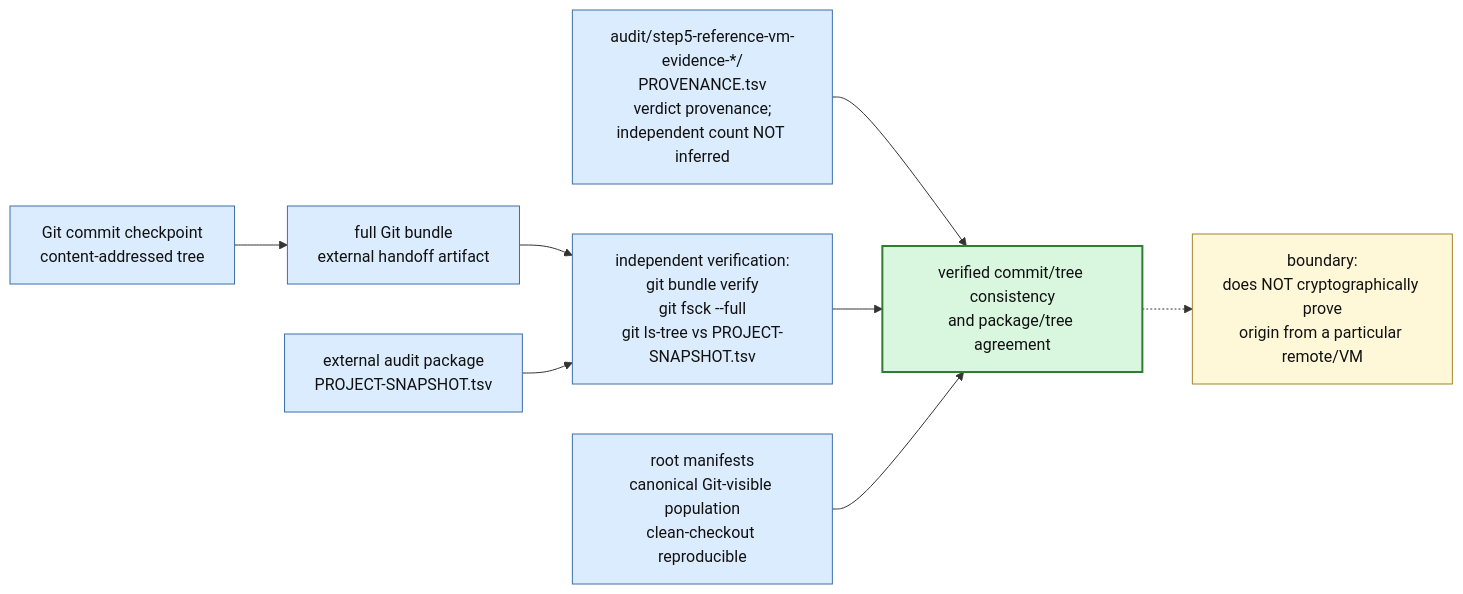
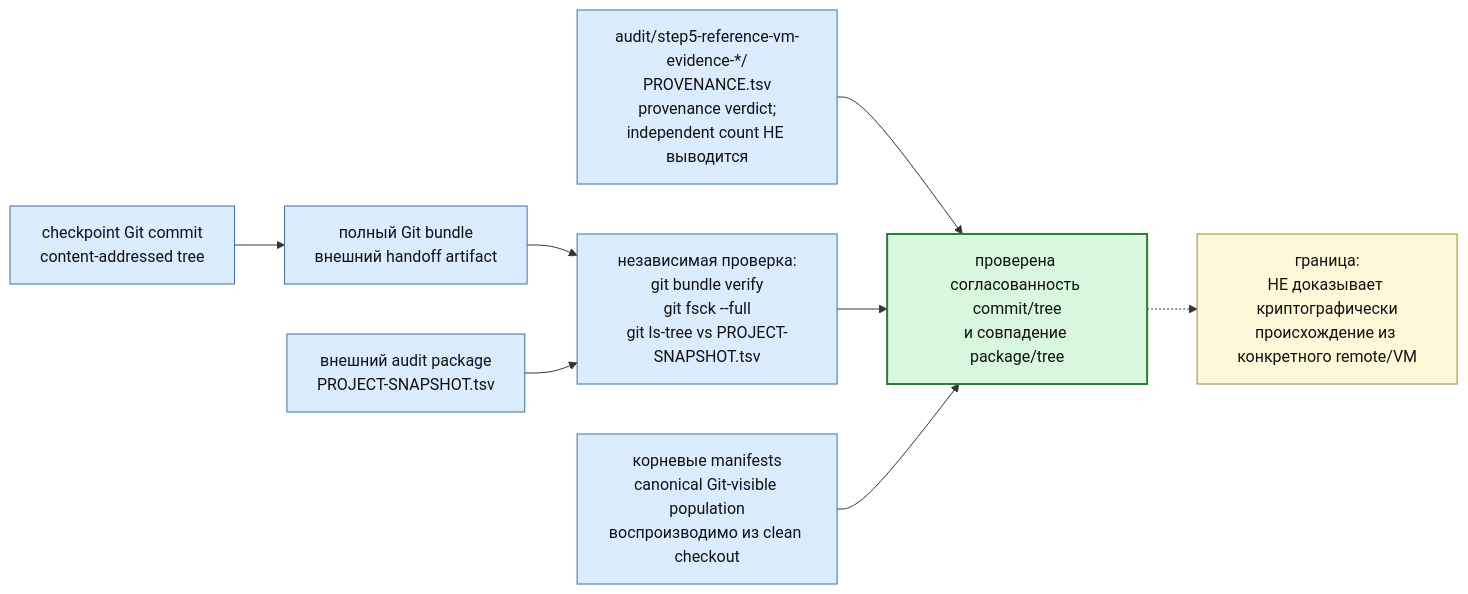
One commit to rasav65/SecureLinux-Policy changed the fifth of 6 diagrams in docs/PROJECT-MAP-v3.md. Above: the diagram before and after it, drawn with Mermaid. The commit also changed other lines of this file and 114 other files, not shown here.

````diff
--- a/docs/PROJECT-MAP-v3.md
+++ b/docs/PROJECT-MAP-v3.md
@@ -268,23 +269,23 @@
 ```mermaid
 flowchart LR
-    REVIEW["audit/step5-reference-vm-evidence-*/<br/>PROVENANCE.tsv<br/>verdict provenance;<br/>independent count NOT inferred"]:::component
-    COMMIT["Git commit checkpoint<br/>content-addressed tree"]:::component
-    PKG["external audit package<br/>PROJECT-SNAPSHOT.tsv"]:::component
-    BUNDLE["full Git bundle<br/>external handoff artifact"]:::component
+    REVIEW["audit/step5-reference-vm-evidence-*/<br/>PROVENANCE.tsv<br/>provenance verdict;<br/>independent count НЕ выводится"]:::component
+    COMMIT["checkpoint Git commit<br/>content-addressed tree"]:::component
+    PKG["внешний audit package<br/>PROJECT-SNAPSHOT.tsv"]:::component
+    BUNDLE["полный Git bundle<br/>внешний handoff artifact"]:::component
 
-    VERIFY["independent verification:<br/>git bundle verify<br/>git fsck --full<br/>git ls-tree vs PROJECT-SNAPSHOT.tsv"]:::component
-    ROOTMAN["root manifests<br/>canonical Git-visible population<br/>clean-checkout reproducible"]:::component
-    TRUST["verified commit/tree consistency<br/>and package/tree agreement"]:::closed
-    LIMIT["boundary:<br/>does NOT cryptographically prove<br/>origin from a particular remote/VM"]:::note
+    VERIFY["независимая проверка:<br/>git bundle verify<br/>git fsck --full<br/>git ls-tree vs PROJECT-SNAPSHOT.tsv"]:::component
+    ROOTMAN["корневые manifests<br/>canonical Git-visible population<br/>воспроизводимо из clean checkout"]:::component
+    TRUST["проверена согласованность commit/tree<br/>и совпадение package/tree"]:::closed
+    LIMIT["граница:<br/>НЕ доказывает криптографически<br/>происхождение из конкретного remote/VM"]:::note
 
     REVIEW --> TRUST
     COMMIT --> BUNDLE --> VERIFY
     PKG --> VERIFY
     VERIFY --> TRUST
     ROOTMAN --> TRUST
     TRUST -.-> LIMIT
 
     classDef closed fill:#d9f7df,stroke:#2f7d32,color:#111,stroke-width:2px;
     classDef component fill:#dcecff,stroke:#3e6ea8,color:#111;
     classDef note fill:#fff8d8,stroke:#9d8730,color:#111;
 ```
````
